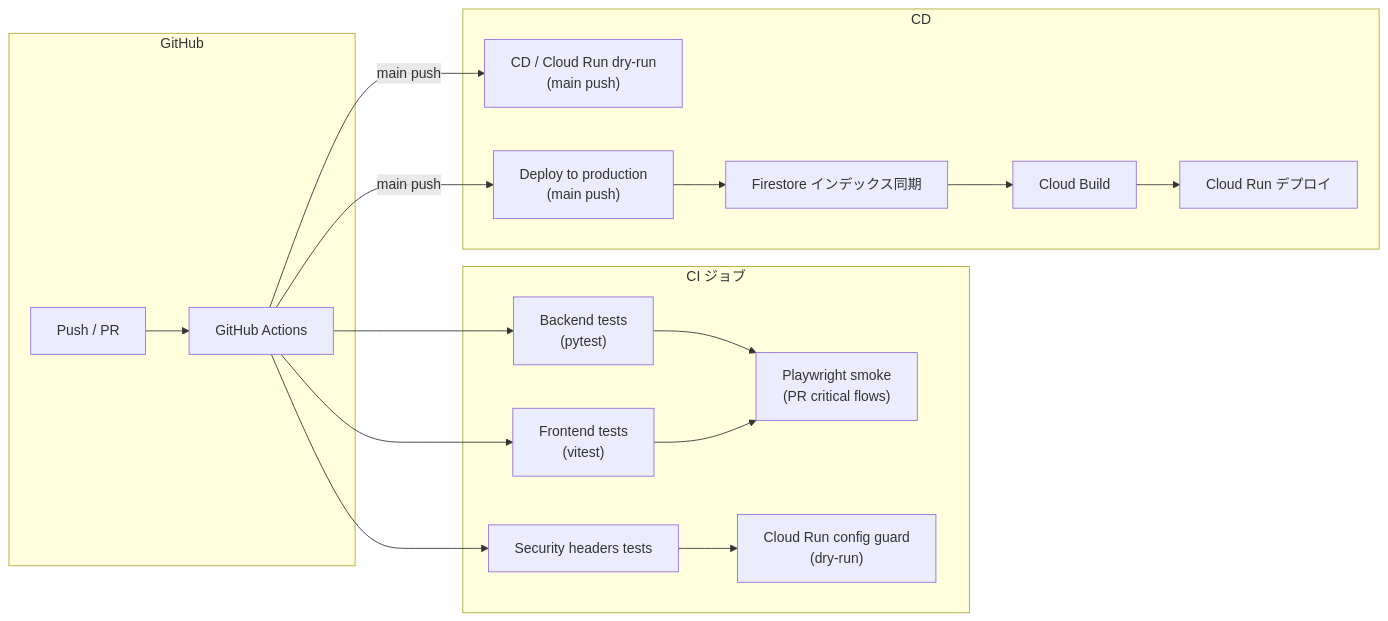
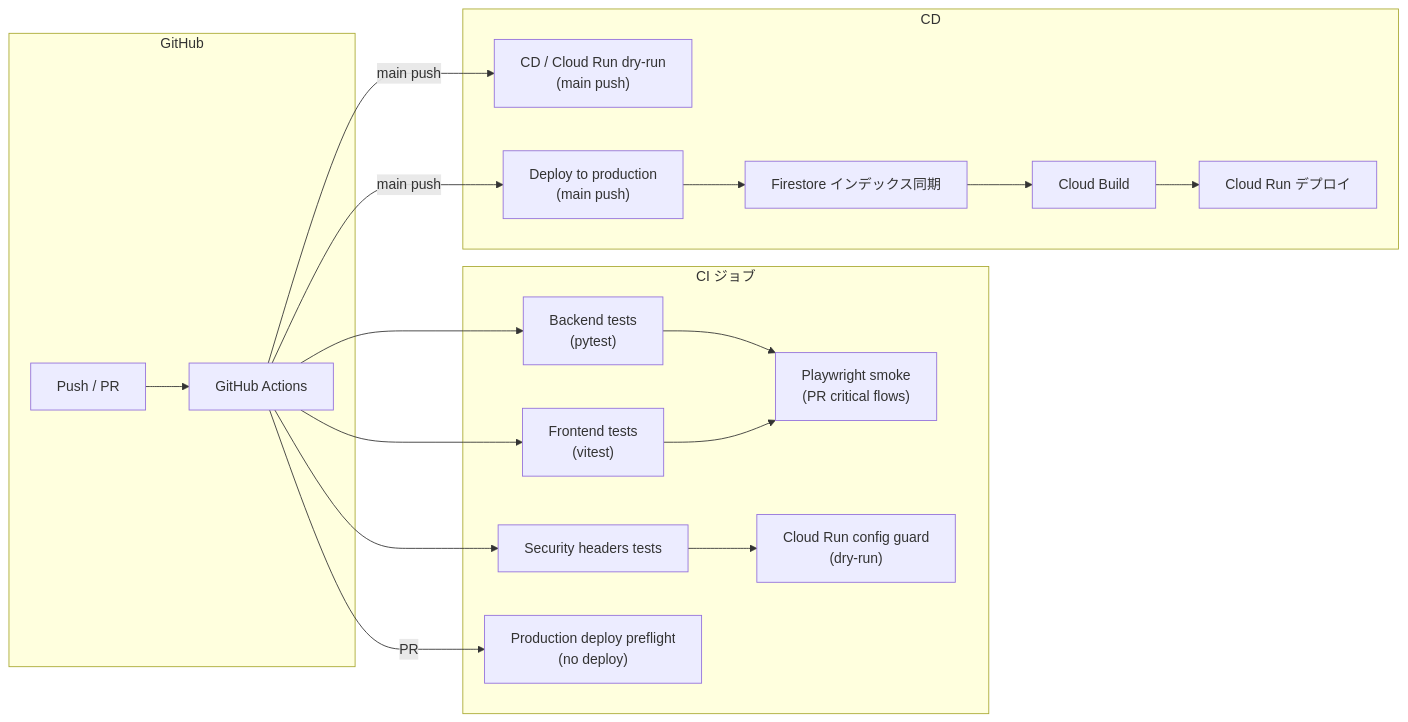
One commit to RiSEblackbird/wordpack-for-english changed the third of 6 diagrams in docs/infrastructure.md. Above: the diagram before and after it, drawn with Mermaid. The commit also changed other lines of this file and 5 other files, not shown here.

````diff
--- a/docs/infrastructure.md
+++ b/docs/infrastructure.md
@@ -120,36 +120,38 @@
 ```mermaid
 flowchart LR
     subgraph GitHub["GitHub"]
         Push["Push / PR"]
         Actions["GitHub Actions"]
     end
 
     subgraph CI["CI ジョブ"]
         BackendTest["Backend tests<br/>(pytest)"]
         SecurityTest["Security headers tests"]
         FrontendTest["Frontend tests<br/>(vitest)"]
         PlaywrightSmoke["Playwright smoke<br/>(PR critical flows)"]
         CloudRunGuard["Cloud Run config guard<br/>(dry-run)"]
+        DeployPreflight["Production deploy preflight<br/>(no deploy)"]
     end
 
     subgraph CD["CD"]
         DryRun["CD / Cloud Run dry-run<br/>(main push)"]
         ProductionDeploy["Deploy to production<br/>(main push)"]
         FirestoreIndex["Firestore インデックス同期"]
         CloudBuild["Cloud Build"]
         CloudRun["Cloud Run デプロイ"]
     end
 
     Push --> Actions
     Actions --> BackendTest
     Actions --> SecurityTest
     Actions --> FrontendTest
     BackendTest --> PlaywrightSmoke
     FrontendTest --> PlaywrightSmoke
     SecurityTest --> CloudRunGuard
+    Actions -->|PR| DeployPreflight
     Actions -->|main push| DryRun
     Actions -->|main push| ProductionDeploy
     ProductionDeploy --> FirestoreIndex
     FirestoreIndex --> CloudBuild
     CloudBuild --> CloudRun
 ```
````
